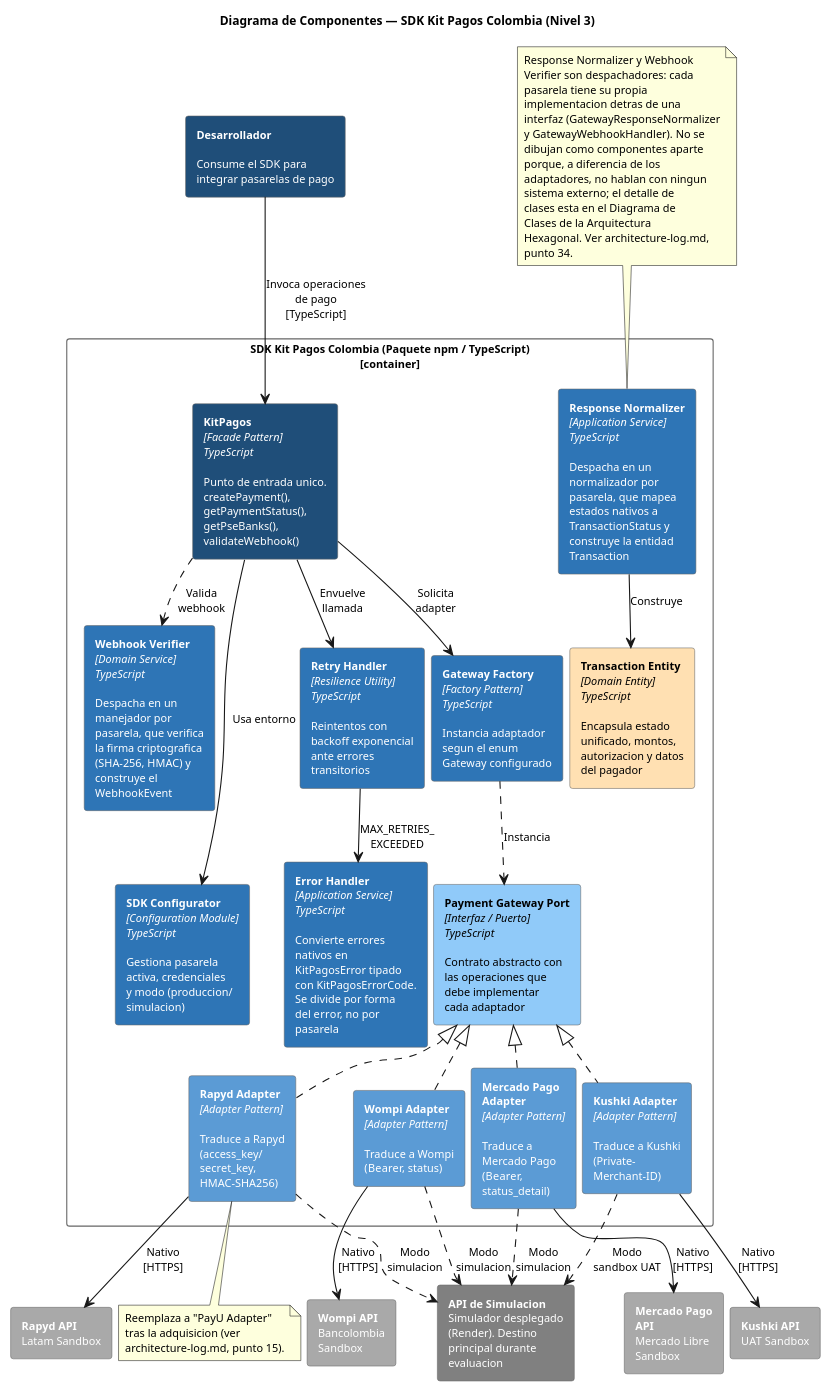
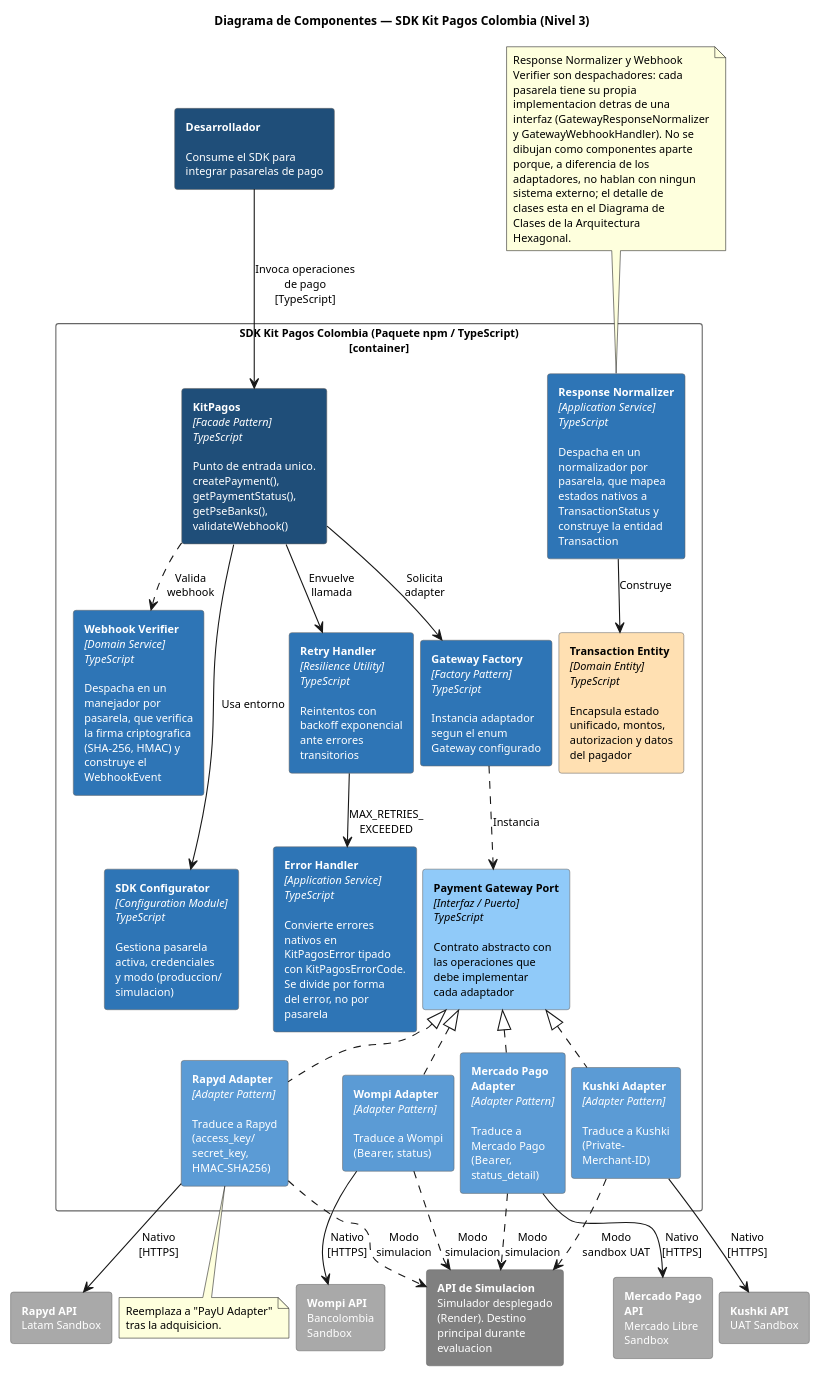
One commit to PurosBrothers/Kit-Pagos-Colombia---Tesis changed the diagram in docs/architecture/SDK/diagrams-source/component-diagram.puml. Above: the diagram before and after it, drawn with PlantUML. The commit also changed 36 other files, not shown here.

```diff
--- a/docs/architecture/SDK/diagrams-source/component-diagram.puml
+++ b/docs/architecture/SDK/diagrams-source/component-diagram.puml
@@ -1,95 +1,93 @@
 @startuml Component Diagram - SDK
 title Diagrama de Componentes — SDK Kit Pagos Colombia (Nivel 3)
 skinparam backgroundColor white
 skinparam defaultFontName Helvetica
 skinparam defaultFontSize 10
 skinparam titleFontSize 11
 skinparam rectangleFontSize 10
 skinparam ArrowFontSize 10
 skinparam NoteFontSize 10
 skinparam wrapWidth 190
 skinparam nodesep 6
 skinparam ranksep 18
 skinparam rectangle {
   BorderColor #666666
   ArrowColor #666666
   FontColor white
 }
 
 rectangle "**Desarrollador**\n\nConsume el SDK para\nintegrar pasarelas de pago" as Dev #1F4E79
 
 rectangle "SDK Kit Pagos Colombia (Paquete npm / TypeScript)\n[container]" as System #FFFFFF;text:black {
   rectangle "**KitPagos**\n<i>[Facade Pattern]</i>\n<i>TypeScript</i>\n\nPunto de entrada unico.\ncreatePayment(),\ngetPaymentStatus(),\ngetPseBanks(),\nvalidateWebhook()" as Facade #1F4E79
   rectangle "**SDK Configurator**\n<i>[Configuration Module]</i>\n<i>TypeScript</i>\n\nGestiona pasarela\nactiva, credenciales\ny modo (produccion/\nsimulacion)" as Configurator #2E75B6
   rectangle "**Gateway Factory**\n<i>[Factory Pattern]</i>\n<i>TypeScript</i>\n\nInstancia adaptador\nsegun el enum\nGateway configurado" as Factory #2E75B6
   rectangle "**Payment Gateway Port**\n<i>[Interfaz / Puerto]</i>\n<i>TypeScript</i>\n\nContrato abstracto con\nlas operaciones que\ndebe implementar\ncada adaptador" as Port #90CAF9;text:black
 
   rectangle "**Response Normalizer**\n<i>[Application Service]</i>\n<i>TypeScript</i>\n\nDespacha en un\nnormalizador por\npasarela, que mapea\nestados nativos a\nTransactionStatus y\nconstruye la entidad\nTransaction" as Normalizer #2E75B6
   rectangle "**Retry Handler**\n<i>[Resilience Utility]</i>\n<i>TypeScript</i>\n\nReintentos con\nbackoff exponencial\nante errores\ntransitorios" as Retry #2E75B6
   rectangle "**Error Handler**\n<i>[Application Service]</i>\n<i>TypeScript</i>\n\nConvierte errores\nnativos en\nKitPagosError tipado\ncon KitPagosErrorCode.\nSe divide por forma\ndel error, no por\npasarela" as ErrorHandler #2E75B6
   rectangle "**Webhook Verifier**\n<i>[Domain Service]</i>\n<i>TypeScript</i>\n\nDespacha en un\nmanejador por\npasarela, que verifica\nla firma criptografica\n(SHA-256, HMAC) y\nconstruye el\nWebhookEvent" as Webhook #2E75B6
   rectangle "**Transaction Entity**\n<i>[Domain Entity]</i>\n<i>TypeScript</i>\n\nEncapsula estado\nunificado, montos,\nautorizacion y datos\ndel pagador" as Transaction #FFE0B2;text:black
 
   rectangle "**Wompi Adapter**\n<i>[Adapter Pattern]</i>\n\nTraduce a Wompi\n(Bearer, status)" as WompiAdapter #5B9BD5
   rectangle "**Rapyd Adapter**\n<i>[Adapter Pattern]</i>\n\nTraduce a Rapyd\n(access_key/\nsecret_key,\nHMAC-SHA256)" as RapydAdapter #5B9BD5
   rectangle "**Mercado Pago**\n**Adapter**\n<i>[Adapter Pattern]</i>\n\nTraduce a\nMercado Pago\n(Bearer,\nstatus_detail)" as MPAdapter #5B9BD5
   rectangle "**Kushki Adapter**\n<i>[Adapter Pattern]</i>\n\nTraduce a Kushki\n(Private-\nMerchant-ID)" as KushkiAdapter #5B9BD5
 }
 
 rectangle "**Wompi API**\nBancolombia\nSandbox" as WompiAPI #A9A9A9
 rectangle "**Rapyd API**\nLatam Sandbox" as RapydAPI #A9A9A9
 rectangle "**Mercado Pago**\n**API**\nMercado Libre\nSandbox" as MPAPI #A9A9A9
 rectangle "**Kushki API**\nUAT Sandbox" as KushkiAPI #A9A9A9
 rectangle "**API de Simulacion**\nSimulador desplegado\n(Render). Destino\nprincipal durante\nevaluacion" as SimAPI #808080
 
 Dev --> Facade : Invoca operaciones\nde pago\n[TypeScript]
 
 Facade --> Configurator : Usa entorno
 Facade --> Factory : Solicita\nadapter
 Facade --> Retry : Envuelve\nllamada
 Facade ..> Webhook : Valida\nwebhook
 Factory ..> Port : Instancia
 
 Port <|.. WompiAdapter
 Port <|.. RapydAdapter
 Port <|.. MPAdapter
 Port <|.. KushkiAdapter
 
 Retry --> ErrorHandler : MAX_RETRIES_\nEXCEEDED
 Normalizer --> Transaction : Construye
 
 WompiAdapter --> WompiAPI : Nativo\n[HTTPS]
 RapydAdapter --> RapydAPI : Nativo\n[HTTPS]
 MPAdapter --> MPAPI : Nativo\n[HTTPS]
 KushkiAdapter --> KushkiAPI : Nativo\n[HTTPS]
 
 WompiAdapter ..> SimAPI : Modo\nsimulacion
 RapydAdapter ..> SimAPI : Modo\nsimulacion
 MPAdapter ..> SimAPI : Modo\nsimulacion
 KushkiAdapter ..> SimAPI : Modo\nsandbox UAT
 
 Webhook -[hidden]down- Configurator
 note bottom of RapydAdapter
   Reemplaza a "PayU Adapter"
-  tras la adquisicion (ver
-  architecture-log.md, punto 15).
+  tras la adquisicion.
 end note
 
 note top of Normalizer
   Response Normalizer y Webhook
   Verifier son despachadores: cada
   pasarela tiene su propia
   implementacion detras de una
   interfaz (GatewayResponseNormalizer
   y GatewayWebhookHandler). No se
   dibujan como componentes aparte
   porque, a diferencia de los
   adaptadores, no hablan con ningun
   sistema externo; el detalle de
   clases esta en el Diagrama de
   Clases de la Arquitectura
-  Hexagonal. Ver architecture-log.md,
-  punto 34.
+  Hexagonal.
 end note
 
 @enduml
```
